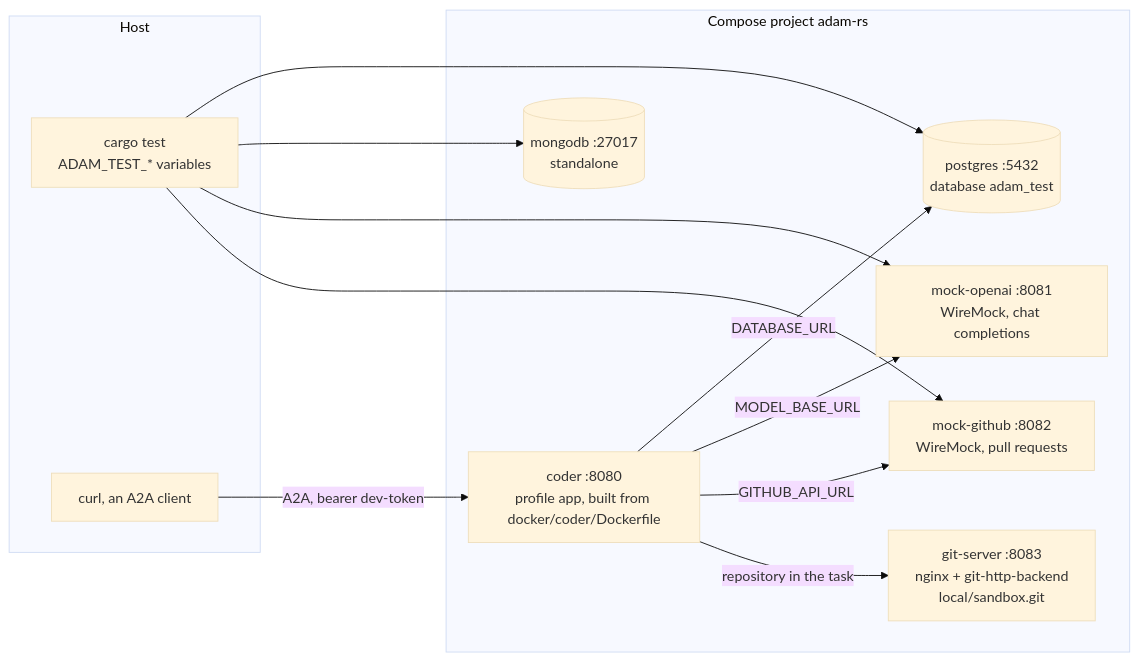
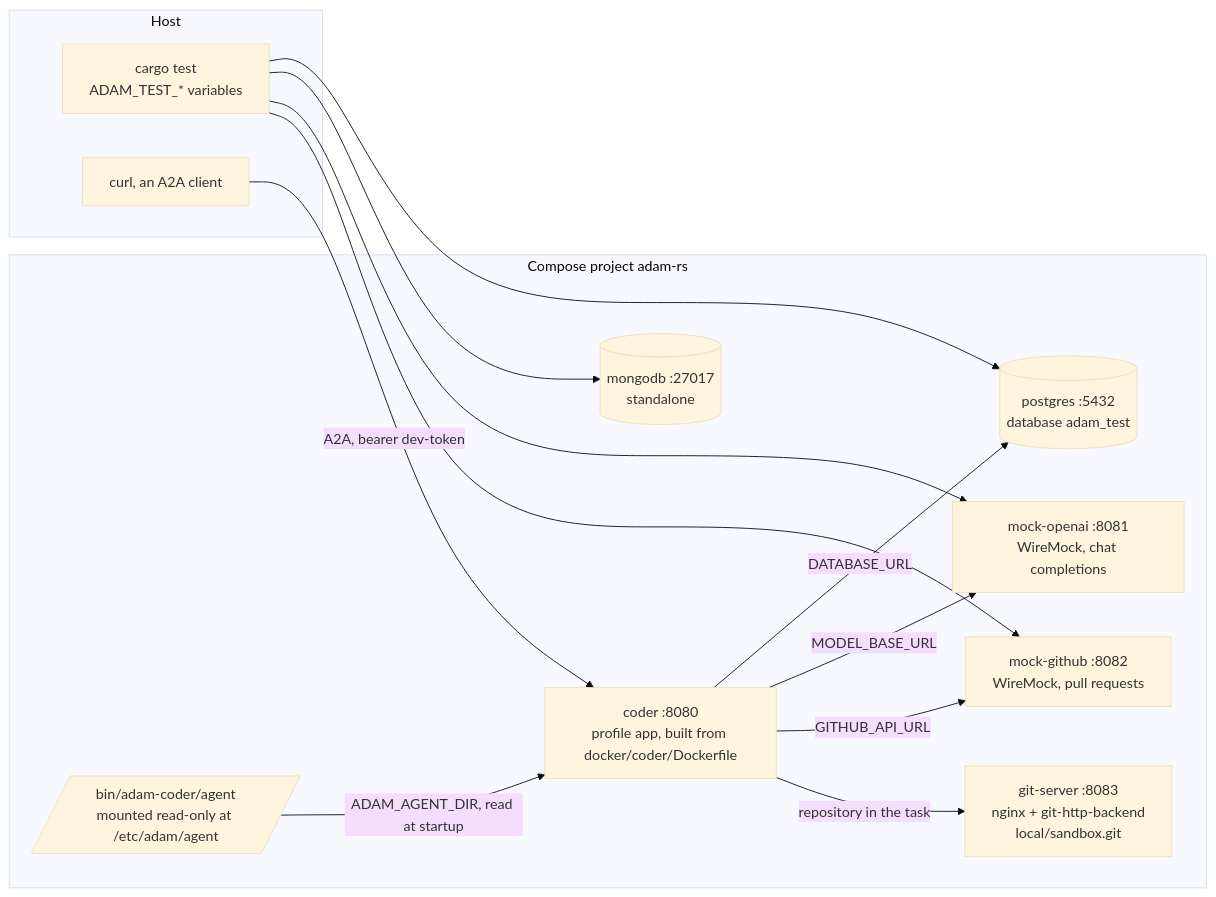
Diagram 24 of 24 in docs/architecture.md (vymalo/another-adam-rs), drawn with Mermaid (base theme) before and after one commit. The commit also changed other lines of this file and 36 other files, not shown here.

First line of the commit message:
feat(coder): agent folders at run time (ADAM_AGENT_DIR); the coder says its name and greets (#57)

````diff
--- a/docs/architecture.md
+++ b/docs/architecture.md
@@ -1845,27 +1853,29 @@
 ```mermaid
 flowchart LR
     subgraph host["Host"]
         cargo["cargo test<br/>ADAM_TEST_* variables"]
         curl["curl, an A2A client"]
     end
 
     subgraph stack["Compose project adam-rs"]
         pgs[("postgres :5432<br/>database adam_test")]
         mongos[("mongodb :27017<br/>standalone")]
         moai["mock-openai :8081<br/>WireMock, chat completions"]
         mogh["mock-github :8082<br/>WireMock, pull requests"]
         gitsrv["git-server :8083<br/>nginx + git-http-backend<br/>local/sandbox.git"]
         cdr["coder :8080<br/>profile app, built from docker/coder/Dockerfile"]
+        agentdir[/"bin/adam-coder/agent<br/>mounted read-only at /etc/adam/agent"/]
     end
 
     curl -->|"A2A, bearer dev-token"| cdr
     cdr -->|"DATABASE_URL"| pgs
     cdr -->|"MODEL_BASE_URL"| moai
     cdr -->|"GITHUB_API_URL"| mogh
     cdr -->|"repository in the task"| gitsrv
+    agentdir -->|"ADAM_AGENT_DIR, read at startup"| cdr
 
     cargo --> pgs
     cargo --> mongos
     cargo --> moai
     cargo --> mogh
 ```
````
